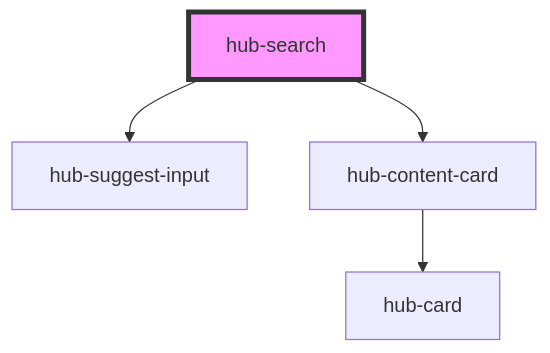
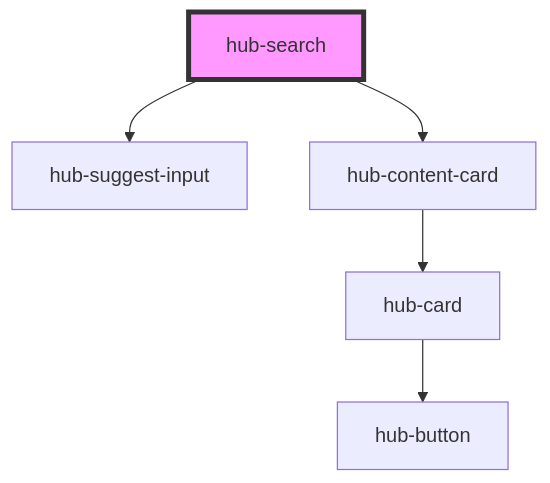
The diagram in src/components/hub-search/readme.md (ajturner/proximity), drawn with Mermaid before and after one commit. The commit also changed 23 other files, not shown here.

Commit message:
Changed event card to use hub card

````diff
--- a/src/components/hub-search/readme.md
+++ b/src/components/hub-search/readme.md
@@ -16,7 +16,8 @@
 ```mermaid
 graph TD;
   hub-search --> hub-suggest-input
   hub-search --> hub-content-card
   hub-content-card --> hub-card
+  hub-card --> hub-button
   style hub-search fill:#f9f,stroke:#333,stroke-width:4px
 ```
````
